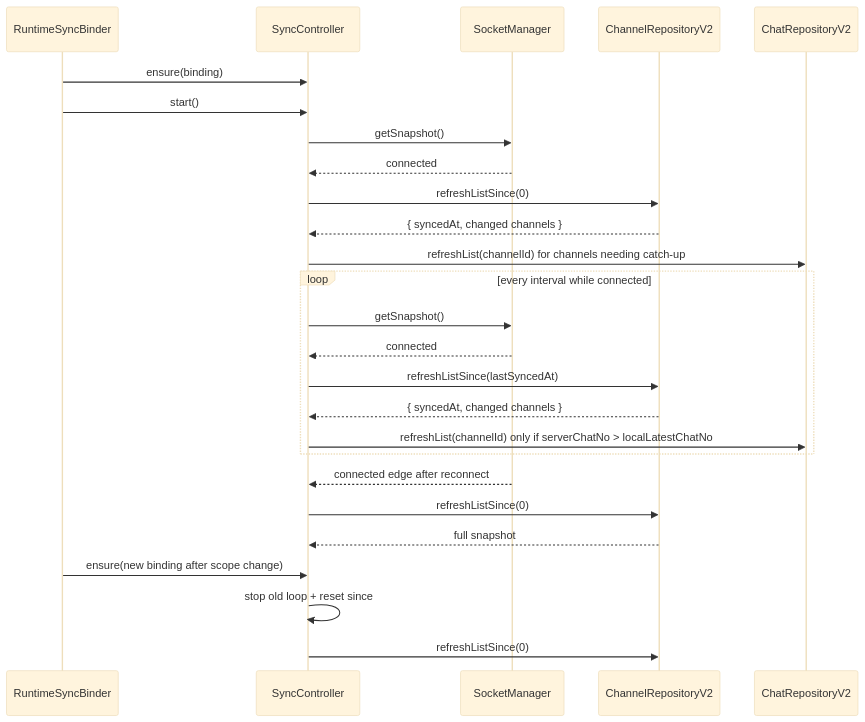
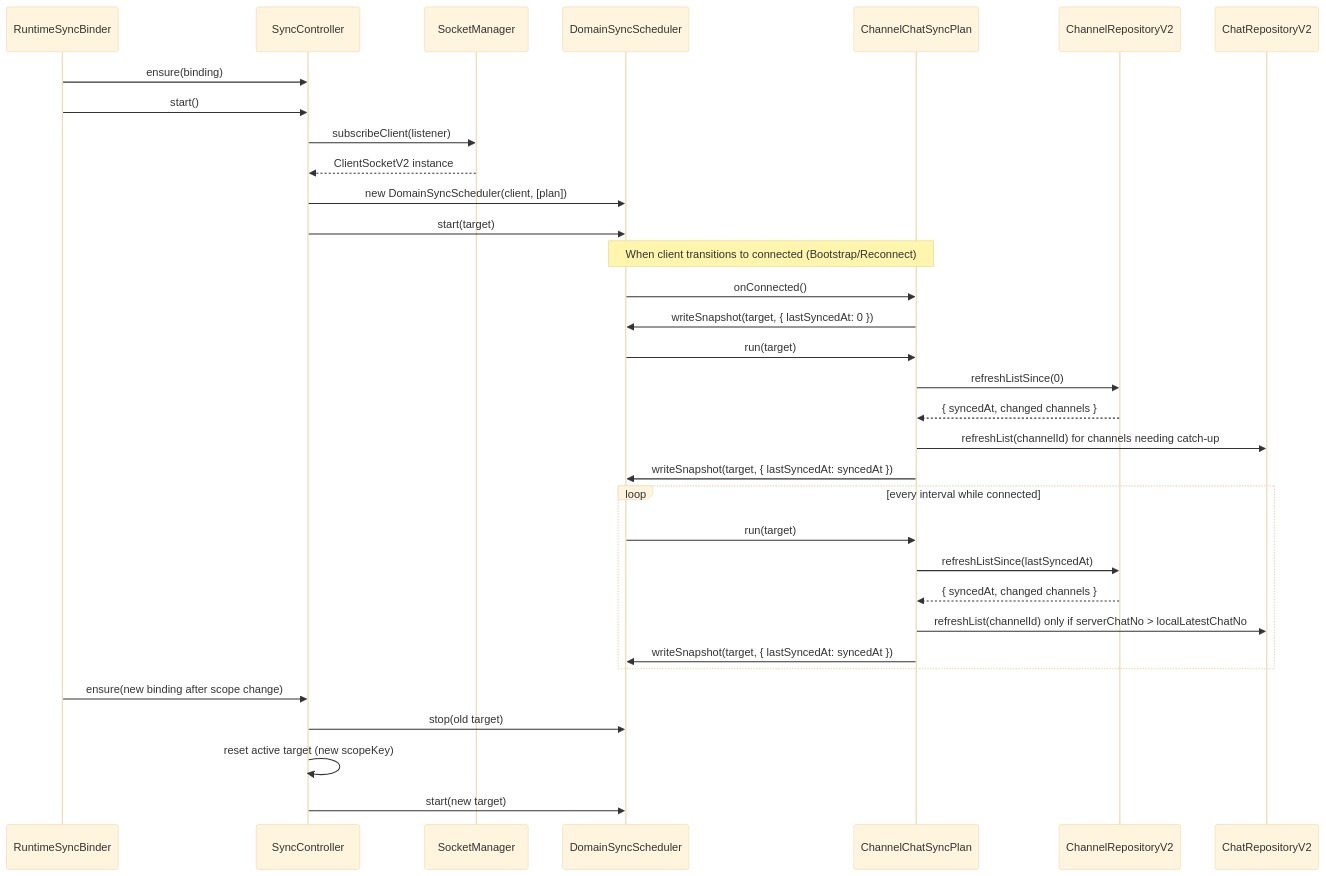
One commit to lemoncloud-io/dou-app changed the third of 3 diagrams in libs/app-runtime/docs/sync/README.md. Above: the diagram before and after it, drawn with Mermaid (base theme). The commit also changed other lines of this file and 4 other files, not shown here.

Commit message:
feat: introduce ChannelChatSyncPlan and refactor sync controller

````diff
--- a/libs/app-runtime/docs/sync/README.md
+++ b/libs/app-runtime/docs/sync/README.md
@@ -306,32 +311,39 @@
 ```mermaid
 sequenceDiagram
   participant B as RuntimeSyncBinder
   participant C as SyncController
   participant S as SocketManager
+  participant DS as DomainSyncScheduler
+  participant P as ChannelChatSyncPlan
   participant R as ChannelRepositoryV2
   participant H as ChatRepositoryV2
 
   B->>C: ensure(binding)
   B->>C: start()
-  C->>S: getSnapshot()
-  S-->>C: connected
-  C->>R: refreshListSince(0)
-  R-->>C: { syncedAt, changed channels }
-  C->>H: refreshList(channelId) for channels needing catch-up
+  C->>S: subscribeClient(listener)
+  S-->>C: ClientSocketV2 instance
+  C->>DS: new DomainSyncScheduler(client, [plan])
+  C->>DS: start(target)
+
+  Note over DS,P: When client transitions to connected (Bootstrap/Reconnect)
+  DS->>P: onConnected()
+  P->>DS: writeSnapshot(target, { lastSyncedAt: 0 })
+  DS->>P: run(target)
+  P->>R: refreshListSince(0)
+  R-->>P: { syncedAt, changed channels }
+  P->>H: refreshList(channelId) for channels needing catch-up
+  P->>DS: writeSnapshot(target, { lastSyncedAt: syncedAt })
 
   loop every interval while connected
-    C->>S: getSnapshot()
-    S-->>C: connected
-    C->>R: refreshListSince(lastSyncedAt)
-    R-->>C: { syncedAt, changed channels }
-    C->>H: refreshList(channelId) only if serverChatNo > localLatestChatNo
+    DS->>P: run(target)
+    P->>R: refreshListSince(lastSyncedAt)
+    R-->>P: { syncedAt, changed channels }
+    P->>H: refreshList(channelId) only if serverChatNo > localLatestChatNo
+    P->>DS: writeSnapshot(target, { lastSyncedAt: syncedAt })
   end
 
-  S-->>C: connected edge after reconnect
-  C->>R: refreshListSince(0)
-  R-->>C: full snapshot
-
   B->>C: ensure(new binding after scope change)
-  C->>C: stop old loop + reset since
-  C->>R: refreshListSince(0)
+  C->>DS: stop(old target)
+  C->>C: reset active target (new scopeKey)
+  C->>DS: start(new target)
 ```
````
